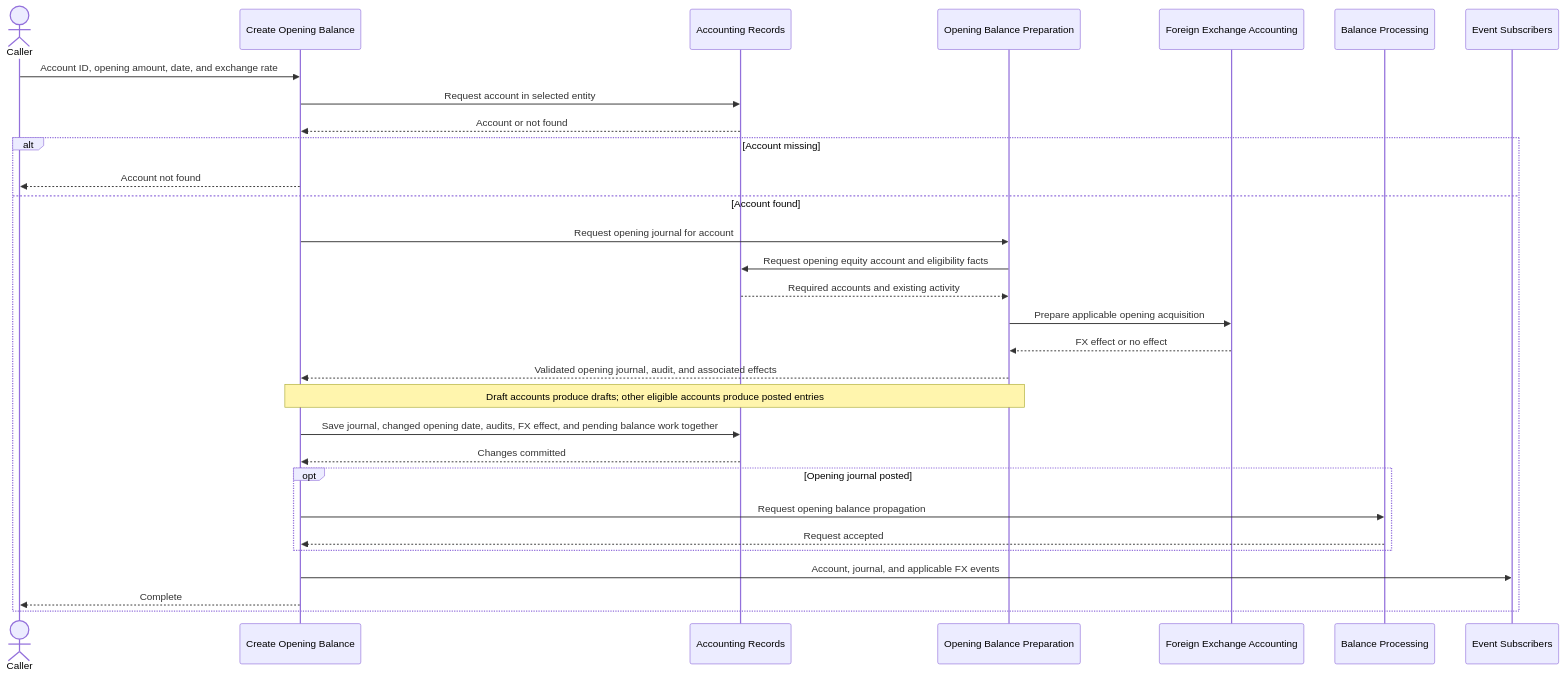
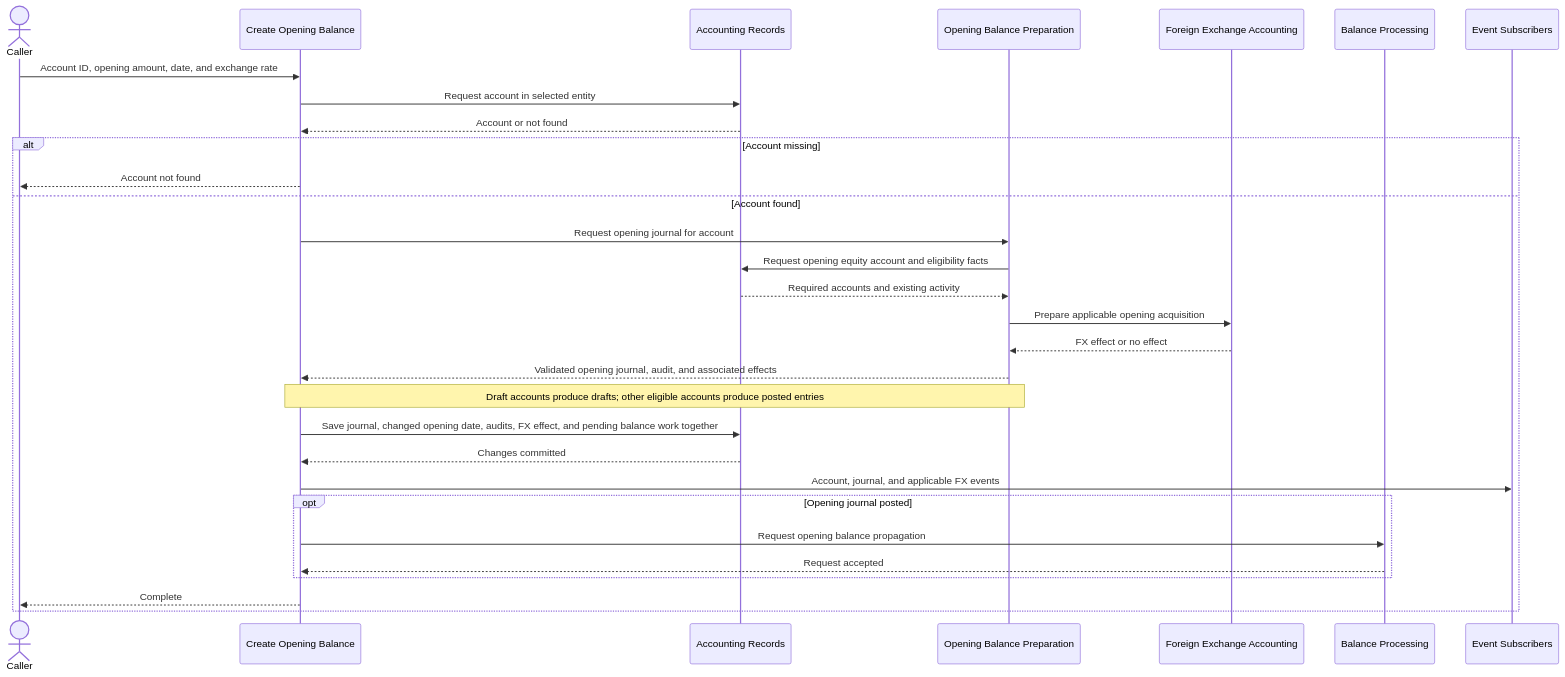
Before and after one commit to drimsheet/drimsheet-core: the diagram in src/app/journal-entry/usecases/__docs__/create-opening-balance.sequence.md, drawn with Mermaid. The commit also changed other lines of this file and 19 other files, not shown here.

````diff
--- a/src/app/journal-entry/usecases/__docs__/create-opening-balance.sequence.md
+++ b/src/app/journal-entry/usecases/__docs__/create-opening-balance.sequence.md
@@ -3,33 +3,33 @@
 ```mermaid
 sequenceDiagram
     actor Caller
     participant CreateUseCase as Create Opening Balance
     participant Records as Accounting Records
     participant Opening as Opening Balance Preparation
     participant FX as Foreign Exchange Accounting
     participant Balances as Balance Processing
     participant Events as Event Subscribers
 
     Caller->>CreateUseCase: Account ID, opening amount, date, and exchange rate
     CreateUseCase->>Records: Request account in selected entity
     Records-->>CreateUseCase: Account or not found
     alt Account missing
         CreateUseCase-->>Caller: Account not found
     else Account found
         CreateUseCase->>Opening: Request opening journal for account
         Opening->>Records: Request opening equity account and eligibility facts
         Records-->>Opening: Required accounts and existing activity
         Opening->>FX: Prepare applicable opening acquisition
         FX-->>Opening: FX effect or no effect
         Opening-->>CreateUseCase: Validated opening journal, audit, and associated effects
         Note over Opening,CreateUseCase: Draft accounts produce drafts#59; other eligible accounts produce posted entries
         CreateUseCase->>Records: Save journal, changed opening date, audits, FX effect, and pending balance work together
         Records-->>CreateUseCase: Changes committed
+        CreateUseCase->>Events: Account, journal, and applicable FX events
         opt Opening journal posted
             CreateUseCase->>Balances: Request opening balance propagation
             Balances-->>CreateUseCase: Request accepted
         end
-        CreateUseCase->>Events: Account, journal, and applicable FX events
         CreateUseCase-->>Caller: Complete
     end
 ```
````
